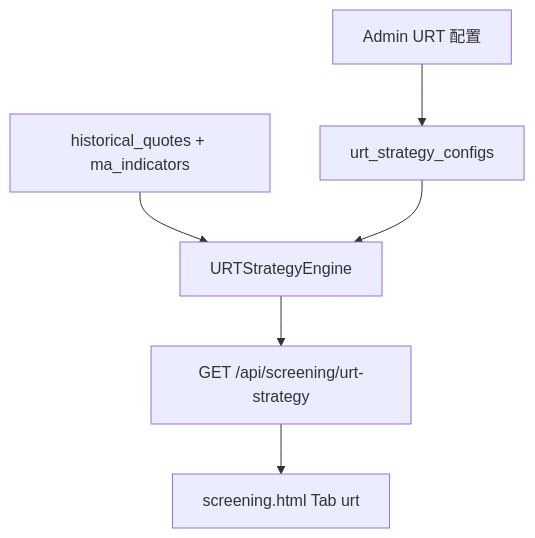
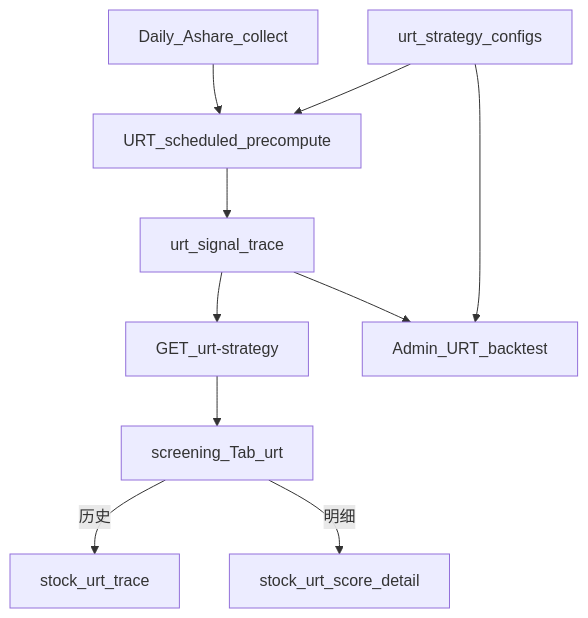
The diagram in .cursor/plans/urt上升趋势策略_edcf3028.plan.md (wangj9601/stock_quote_analayze), drawn with Mermaid before and after one commit. The commit also changed other lines of this file and 27 other files, not shown here.

````diff
--- a/.cursor/plans/urt上升趋势策略_edcf3028.plan.md
+++ b/.cursor/plans/urt上升趋势策略_edcf3028.plan.md
@@ -42,14 +51,21 @@
 ```mermaid
 flowchart TD
-  quotes[historical_quotes + ma_indicators]
-  engine[URTStrategyEngine]
+  collect[Daily_Ashare_collect]
+  pre[URT_scheduled_precompute]
+  trace[urt_signal_trace]
+  screen[GET_urt-strategy]
+  ui[screening_Tab_urt]
+  hist[stock_urt_trace]
+  detail[stock_urt_score_detail]
+  bt[Admin_URT_backtest]
   cfg[urt_strategy_configs]
-  api["GET /api/screening/urt-strategy"]
-  ui[screening.html Tab urt]
-  admin[Admin URT 配置]
-  quotes --> engine
-  cfg --> engine
-  engine --> api
-  api --> ui
-  admin --> cfg
+  collect --> pre
+  cfg --> pre
+  pre --> trace
+  trace --> screen
+  screen --> ui
+  ui -->|历史| hist
+  ui -->|明细| detail
+  trace --> bt
+  cfg --> bt
 ```
````
